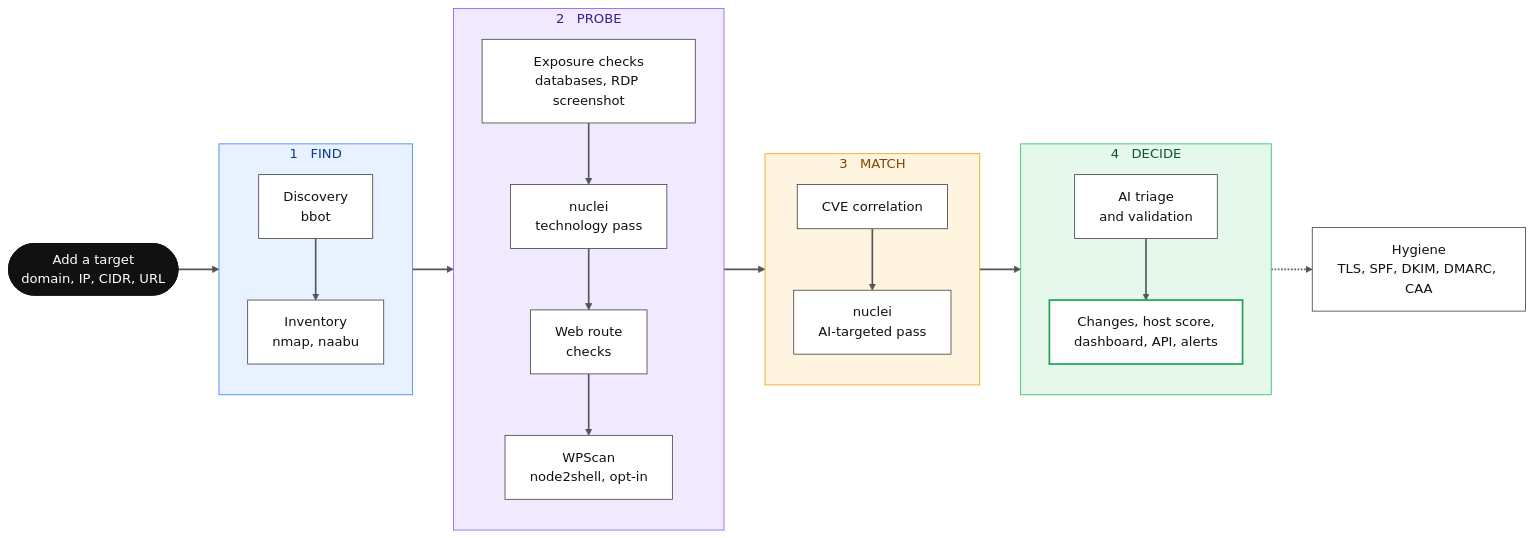
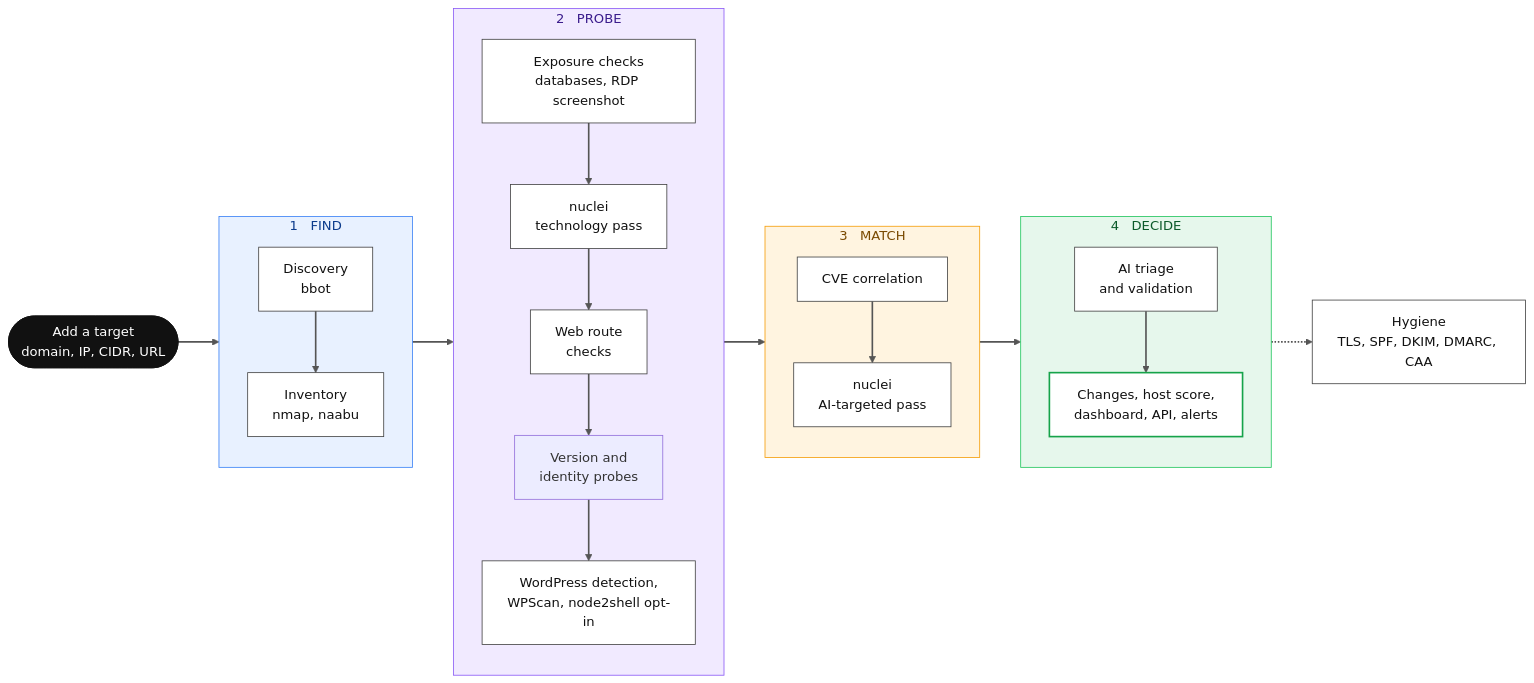
One commit to hevnsnt/CVEngine changed the first of 2 diagrams in README.md. Above: the diagram before and after it, drawn with Mermaid. The commit also changed other lines of this file and 35 other files, not shown here.

First line of the commit message:
Investigate leads: host metadata for the AI, version and identity probes, WPScan as the primary WordPress assessment

````diff
--- a/README.md
+++ b/README.md
@@ -68,43 +68,43 @@
 ```mermaid
 flowchart LR
     T(["Add a target<br/>domain, IP, CIDR, URL"])
 
     subgraph FIND["1 &nbsp; FIND"]
         direction TB
         D["Discovery<br/>bbot"] --> I["Inventory<br/>nmap, naabu"]
     end
 
     subgraph PROBE["2 &nbsp; PROBE"]
         direction TB
-        X["Exposure checks<br/>databases, RDP screenshot"] --> N1["nuclei<br/>technology pass"] --> R["Web route<br/>checks"] --> W["WPScan<br/>node2shell, opt-in"]
+        X["Exposure checks<br/>databases, RDP screenshot"] --> N1["nuclei<br/>technology pass"] --> R["Web route<br/>checks"] --> V["Version and<br/>identity probes"] --> W["WordPress detection,<br/>WPScan, node2shell opt-in"]
     end
 
     subgraph MATCH["3 &nbsp; MATCH"]
         direction TB
         C["CVE correlation"] --> N2["nuclei<br/>AI-targeted pass"]
     end
 
     subgraph DECIDE["4 &nbsp; DECIDE"]
         direction TB
         A["AI triage<br/>and validation"] --> O["Changes, host score,<br/>dashboard, API, alerts"]
     end
 
     H["Hygiene<br/>TLS, SPF, DKIM, DMARC, CAA"]
 
     T --> FIND --> PROBE --> MATCH --> DECIDE
     DECIDE -.-> H
 
     style FIND fill:#e8f1ff,stroke:#3b82f6,color:#0b3b8c
     style PROBE fill:#f1eaff,stroke:#8b5cf6,color:#3b1d8c
     style MATCH fill:#fff4e0,stroke:#f59e0b,color:#7a4a00
     style DECIDE fill:#e6f7ec,stroke:#22c55e,color:#0b5a2a
     linkStyle default stroke:#555,stroke-width:2px
 
     classDef start fill:#111,stroke:#111,color:#fff
     classDef step fill:#fff,stroke:#444,color:#111
     classDef out fill:#fff,stroke:#16a34a,stroke-width:2px,color:#111
     class T start
     class D,I,X,N1,R,W,C,N2,A step
     class O out
     class H step
 ```
````
